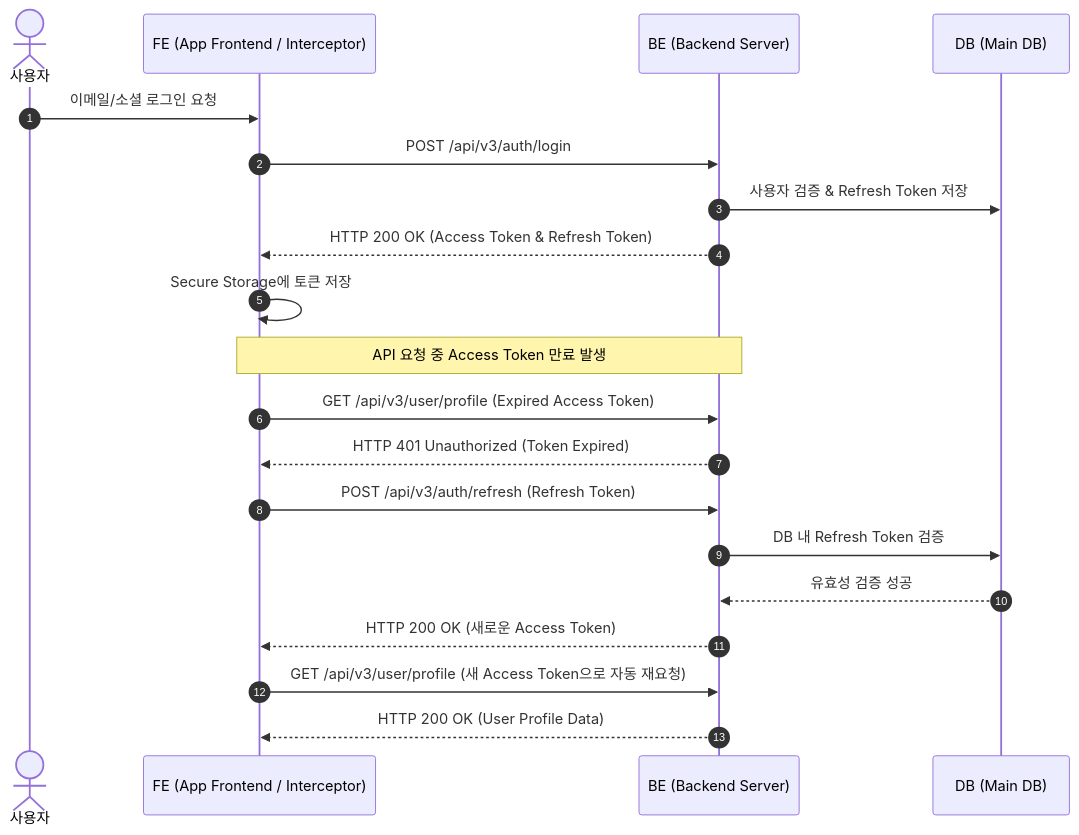
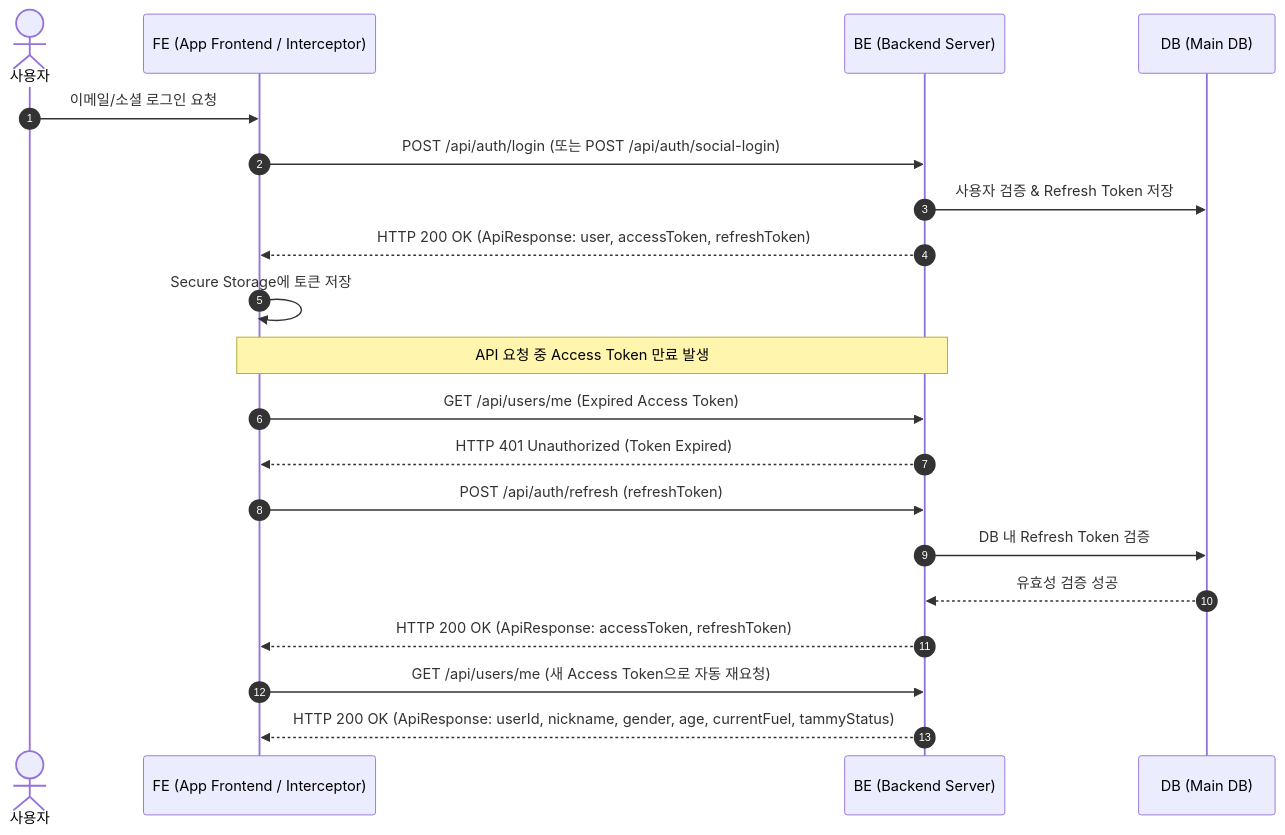
One commit to wooddang-gachon/NASA_backEnd changed the sixth of 7 diagrams in docs/2. v3/4. Sequence Diagram.md. Above: the diagram before and after it, drawn with Mermaid. The commit also changed other lines of this file and 123 other files, not shown here.

````diff
--- a/docs/2. v3/4. Sequence Diagram.md
+++ b/docs/2. v3/4. Sequence Diagram.md
@@ -164,25 +191,25 @@
 ```mermaid
 sequenceDiagram
     autonumber
     actor User as 사용자
     participant FE as FE (App Frontend / Interceptor)
     participant BE as BE (Backend Server)
     participant DB as DB (Main DB)
 
     User->>FE: 이메일/소셜 로그인 요청
-    FE->>BE: POST /api/v3/auth/login
+    FE->>BE: POST /api/auth/login (또는 POST /api/auth/social-login)
     BE->>DB: 사용자 검증 & Refresh Token 저장
-    BE-->>FE: HTTP 200 OK (Access Token & Refresh Token)
+    BE-->>FE: HTTP 200 OK (ApiResponse: user, accessToken, refreshToken)
     FE->>FE: Secure Storage에 토큰 저장
 
     Note over FE, BE: API 요청 중 Access Token 만료 발생
-    FE->>BE: GET /api/v3/user/profile (Expired Access Token)
+    FE->>BE: GET /api/users/me (Expired Access Token)
     BE-->>FE: HTTP 401 Unauthorized (Token Expired)
     
-    FE->>BE: POST /api/v3/auth/refresh (Refresh Token)
+    FE->>BE: POST /api/auth/refresh (refreshToken)
     BE->>DB: DB 내 Refresh Token 검증
     DB-->>BE: 유효성 검증 성공
-    BE-->>FE: HTTP 200 OK (새로운 Access Token)
-    FE->>BE: GET /api/v3/user/profile (새 Access Token으로 자동 재요청)
-    BE-->>FE: HTTP 200 OK (User Profile Data)
+    BE-->>FE: HTTP 200 OK (ApiResponse: accessToken, refreshToken)
+    FE->>BE: GET /api/users/me (새 Access Token으로 자동 재요청)
+    BE-->>FE: HTTP 200 OK (ApiResponse: userId, nickname, gender, age, currentFuel, tammyStatus)
 ```
````
